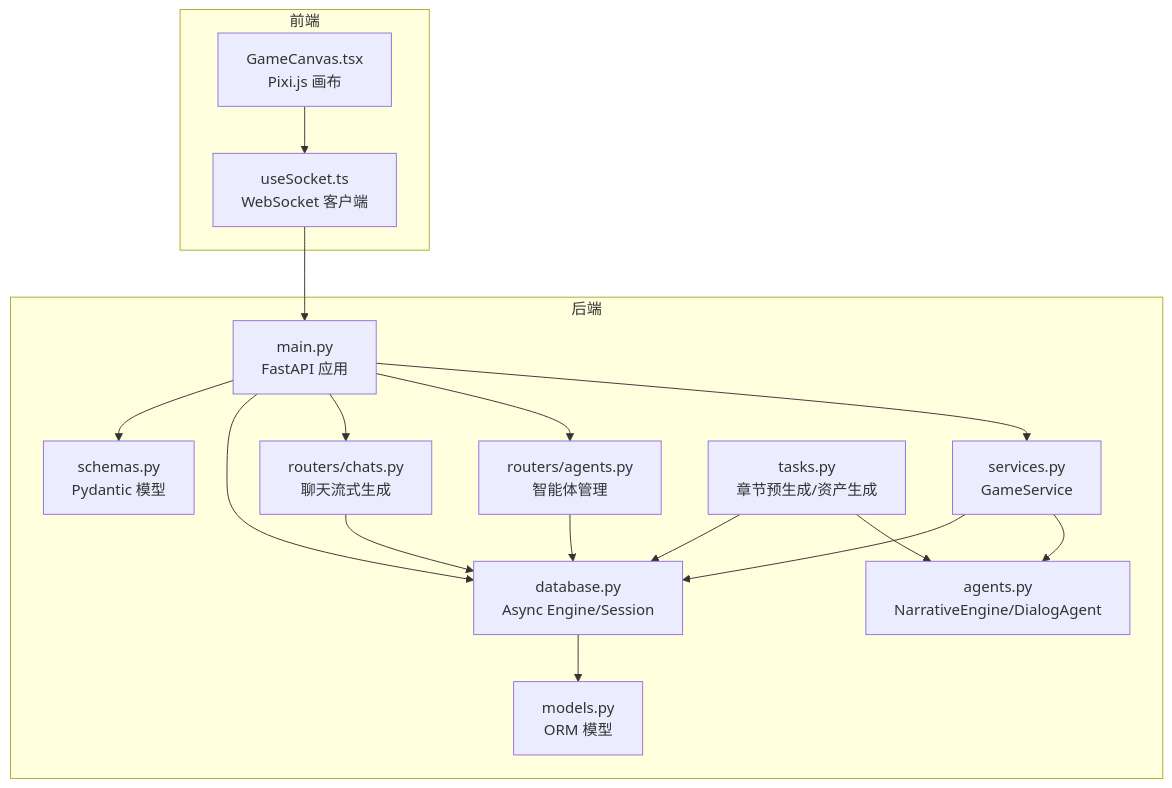
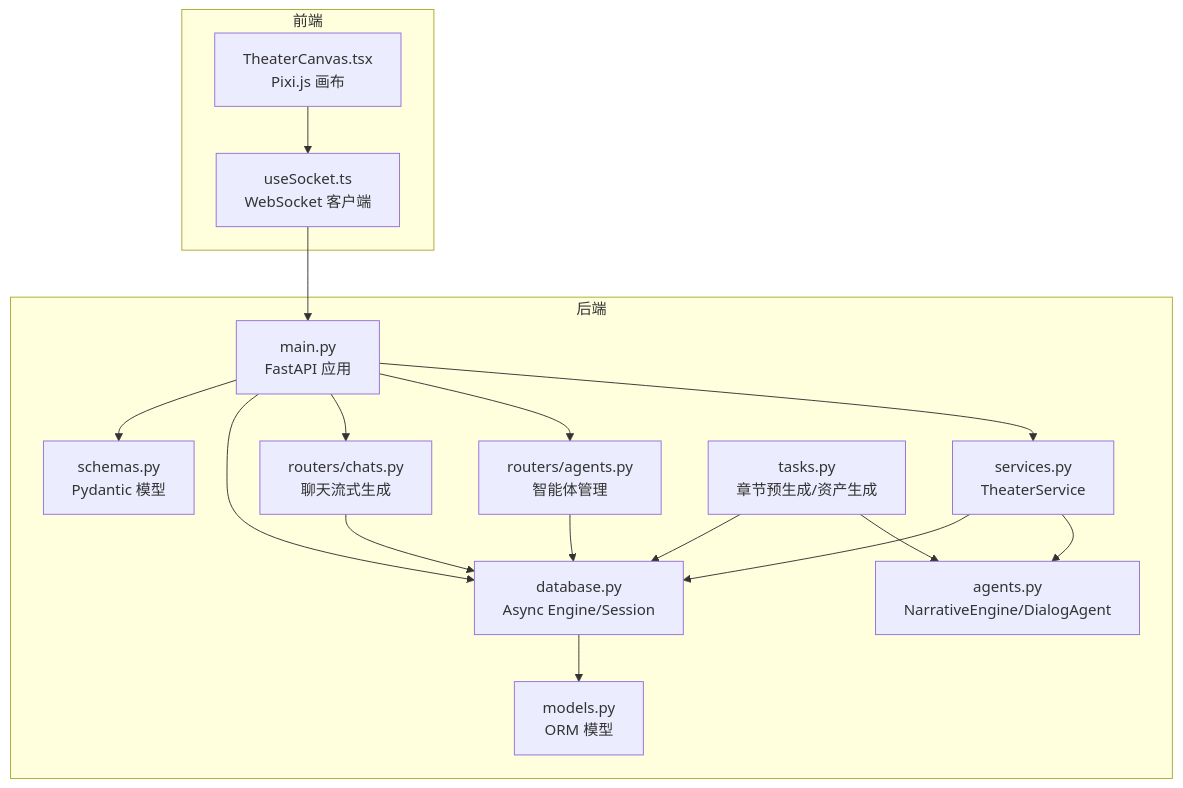
One commit to KunLabAI/KunFlix changed the first of 9 diagrams in .qoder/repowiki/zh/content/系统架构/多智能体叙事引擎架构.md. Above: the diagram before and after it, drawn with Mermaid. The commit also changed other lines of this file and 112 other files, not shown here.

````diff
--- a/.qoder/repowiki/zh/content/系统架构/多智能体叙事引擎架构.md
+++ b/.qoder/repowiki/zh/content/系统架构/多智能体叙事引擎架构.md
@@ -59,32 +59,32 @@
 ```mermaid
 graph TB
 subgraph "前端"
 FE_WS["useSocket.ts<br/>WebSocket 客户端"]
-FE_UI["GameCanvas.tsx<br/>Pixi.js 画布"]
+FE_UI["TheaterCanvas.tsx<br/>Pixi.js 画布"]
 end
 subgraph "后端"
 APP["main.py<br/>FastAPI 应用"]
 AG["agents.py<br/>NarrativeEngine/DialogAgent"]
-SV["services.py<br/>GameService"]
+SV["services.py<br/>TheaterService"]
 DB["database.py<br/>Async Engine/Session"]
 MD["models.py<br/>ORM 模型"]
 SC["schemas.py<br/>Pydantic 模型"]
 RT_A["routers/agents.py<br/>智能体管理"]
 RT_C["routers/chats.py<br/>聊天流式生成"]
 TK["tasks.py<br/>章节预生成/资产生成"]
 end
 FE_WS --> APP
 FE_UI --> FE_WS
 APP --> SV
 APP --> RT_A
 APP --> RT_C
 SV --> AG
 SV --> DB
 RT_A --> DB
 RT_C --> DB
 DB --> MD
 APP --> DB
 APP --> SC
 TK --> AG
 TK --> DB
 ```
````
